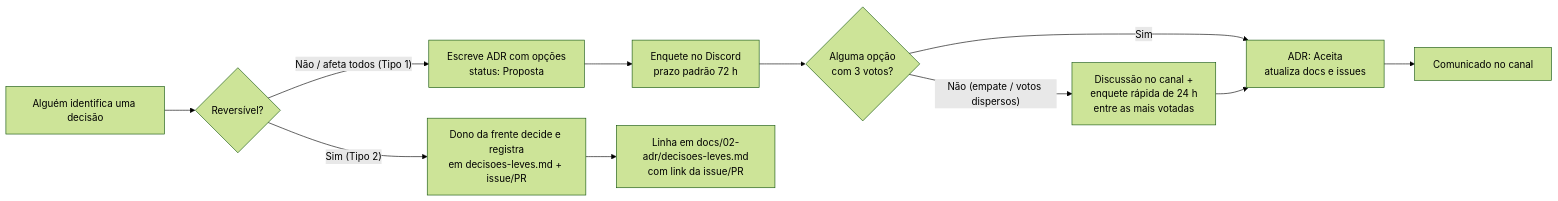
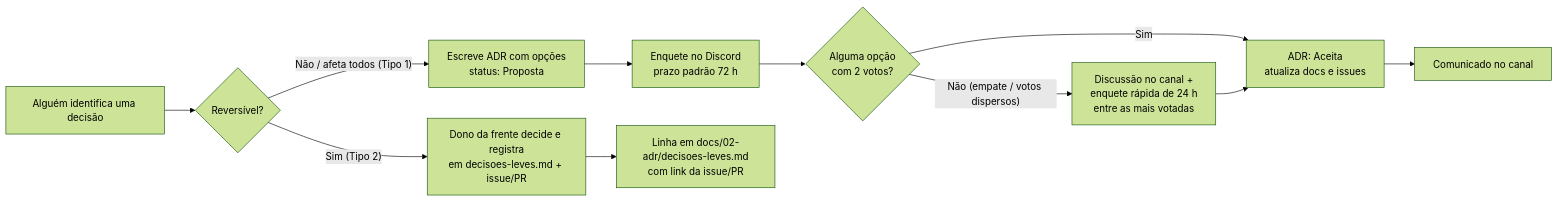
One commit to HermandoThiago/FIAP-SOAT changed the first of 2 diagrams in docs/00-guia-do-grupo/como-trabalhamos.md. Above: the diagram before and after it, drawn with Mermaid (forest theme). The commit also changed other lines of this file and 18 other files, not shown here.

````diff
--- a/docs/00-guia-do-grupo/como-trabalhamos.md
+++ b/docs/00-guia-do-grupo/como-trabalhamos.md
@@ -32,13 +32,13 @@
 ```mermaid
 flowchart LR
     A[Alguém identifica uma decisão] --> B{Reversível?}
     B -- "Sim (Tipo 2)" --> C[Dono da frente decide e registra<br/>em decisoes-leves.md + issue/PR]
     B -- "Não / afeta todos (Tipo 1)" --> D[Escreve ADR com opções<br/>status: Proposta]
     D --> E[Enquete no Discord<br/>prazo padrão 72 h]
-    E --> F{Alguma opção<br/>com 3 votos?}
+    E --> F{Alguma opção<br/>com 2 votos?}
     F -- Sim --> G[ADR: Aceita<br/>atualiza docs e issues]
     F -- "Não (empate / votos dispersos)" --> H[Discussão no canal +<br/>enquete rápida de 24 h<br/>entre as mais votadas]
     H --> G
     C --> I[Linha em docs/02-adr/decisoes-leves.md<br/>com link da issue/PR]
     G --> J[Comunicado no canal]
 ```
````
